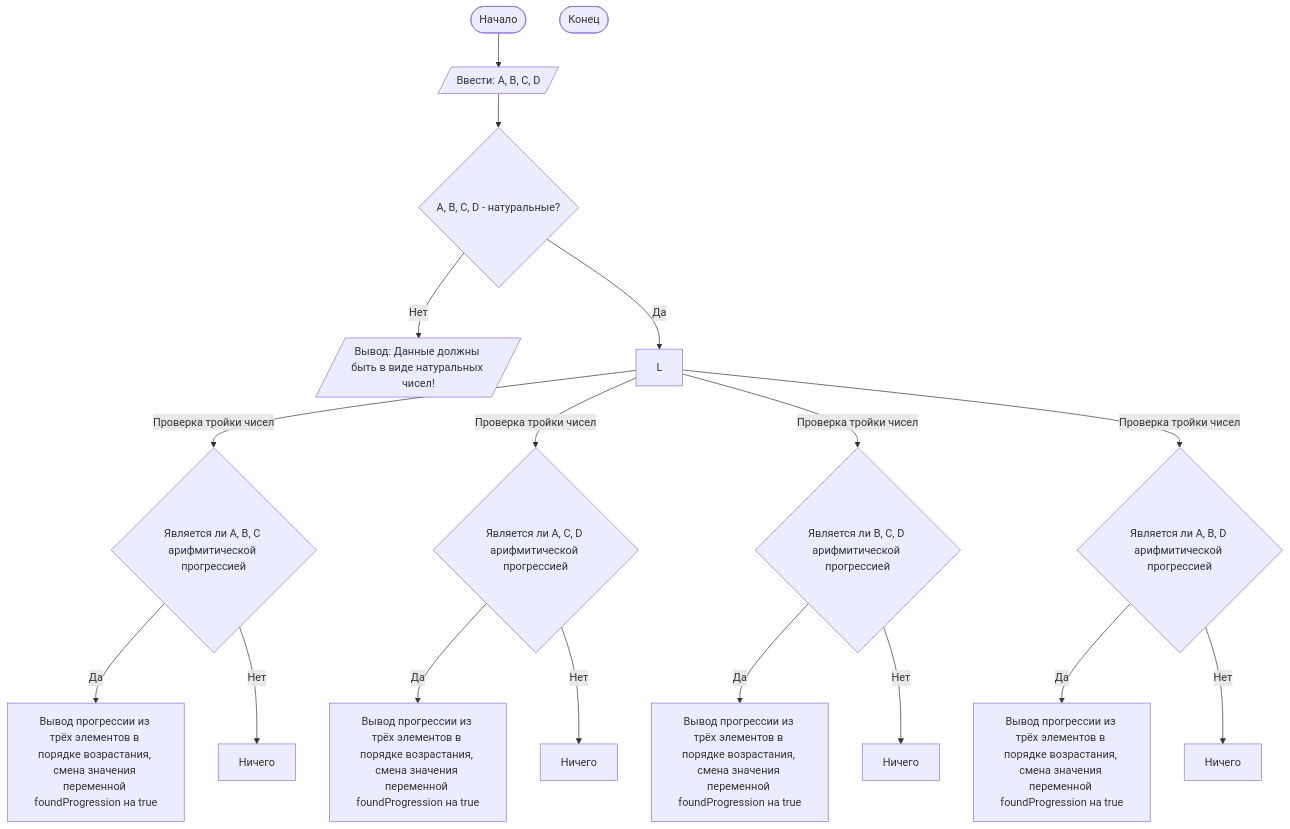
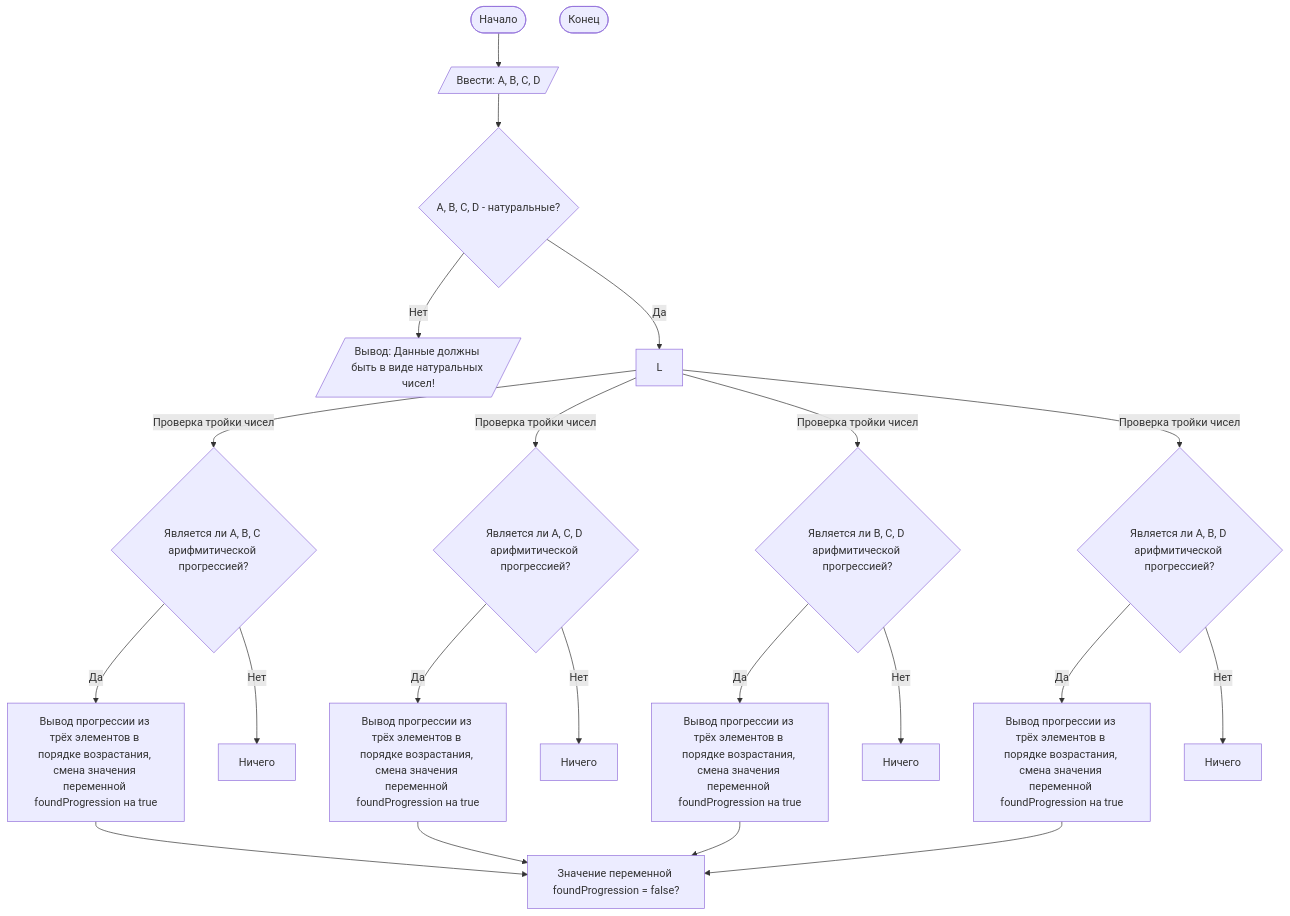
The diagram in README.md (Matvey-Kh/Lab1), drawn with Mermaid before and after one commit.

````diff
--- a/README.md
+++ b/README.md
@@ -92,23 +92,27 @@
 ```mermaid
 graph TD
     A([Начало]) --> B[/Ввести: A, B, C, D/]
     B --> C{A, B, C, D - натуральные?}
     C -- Нет --> D[/Вывод: Данные должны быть в виде натуральных чисел!/]
     C -- Да --> L
-    L -- Проверка тройки чисел --> H{Является ли A, B, C арифмитической прогрессией}
-    L -- Проверка тройки чисел --> I{Является ли A, C, D арифмитической прогрессией}
-    L -- Проверка тройки чисел --> J{Является ли B, C, D арифмитической прогрессией}
-    L -- Проверка тройки чисел --> K{Является ли A, B, D арифмитической прогрессией}
+    L -- Проверка тройки чисел --> H{Является ли A, B, C арифмитической прогрессией?}
+    L -- Проверка тройки чисел --> I{Является ли A, C, D арифмитической прогрессией?}
+    L -- Проверка тройки чисел --> J{Является ли B, C, D арифмитической прогрессией?}
+    L -- Проверка тройки чисел --> K{Является ли A, B, D арифмитической прогрессией?}
     H -- Да --> M1[Вывод прогрессии из трёх элементов в порядке возрастания, смена значения переменной foundProgression на true]
     H -- Нет --> M2[Ничего]
     I -- Да --> M3[Вывод прогрессии из трёх элементов в порядке возрастания, смена значения переменной foundProgression на true]
     I -- Нет --> M4[Ничего]
     J -- Да --> M5[Вывод прогрессии из трёх элементов в порядке возрастания, смена значения переменной foundProgression на true]
     J -- Нет --> M6[Ничего]
     K -- Да --> M7[Вывод прогрессии из трёх элементов в порядке возрастания, смена значения переменной foundProgression на true]
     K -- Нет --> M8[Ничего]
+    M1 --> N[Значение переменной foundProgression = false?]
+    M3 --> N
+    M5 --> N
+    M7 --> N
     
 
     Z([Конец])
 
 ```
````
